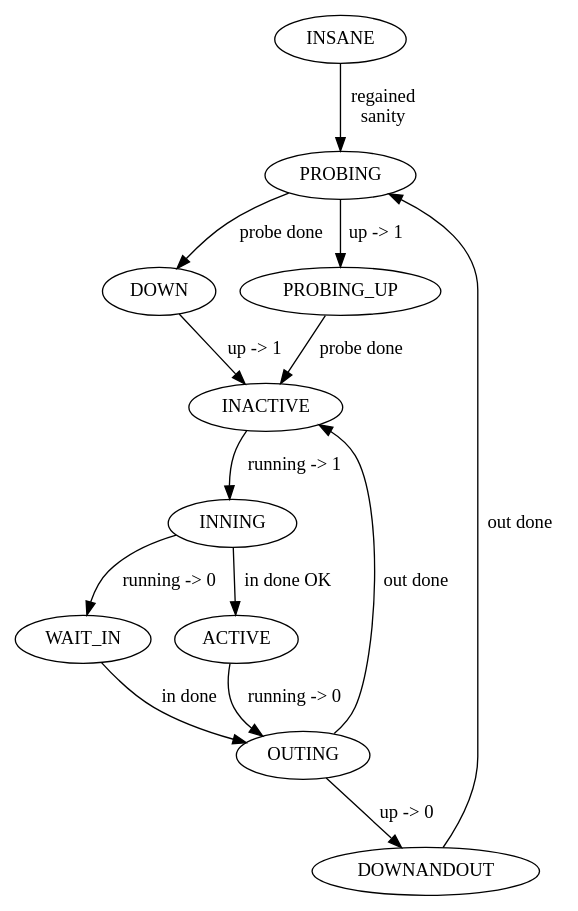
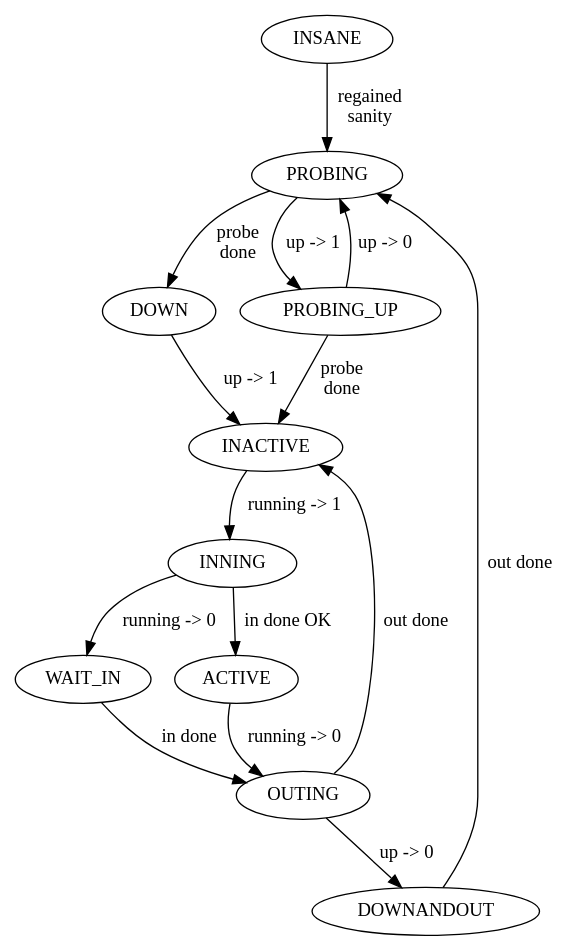
Before and after one commit to pali/netplug: the diagram in docs/state-machine.dot, drawn with Graphviz. The commit also changed 3 other files, not shown here.

```diff
--- a/docs/state-machine.dot
+++ b/docs/state-machine.dot
@@ -1,37 +1,38 @@
 /* -*- c -*- */
 
 digraph state_machine {
   insane [label="INSANE"];
   probing [label="PROBING"];
   down [label="DOWN"];
   inactive [label="INACTIVE"];
   inning [label="INNING"];
   wait_in [label="WAIT_IN"];
   outing [label="OUTING"];
   downandout [label="DOWNANDOUT"];
   active [label="ACTIVE"];
   probing_up [label="PROBING_UP"];
 
   insane -> probing [label="regained\nsanity"];
 
-  probing -> down [label="probe done"];
+  probing -> down [label="probe\ndone"];
   probing -> probing_up [label="up -> 1"];
 
   down -> inactive [label="up -> 1"];
 
-  probing_up -> inactive [label="probe done"];
+  probing_up -> inactive [label="probe\ndone"];
+  probing_up -> probing [label="up -> 0"];
 
   inactive -> inning [label="running -> 1"];
 
   inning -> wait_in [label="running -> 0"];
   inning -> active [label="in done OK"];
 
   wait_in -> outing [label="in done"];
 
   active -> outing [label="running -> 0"];
 
   outing -> downandout [label="up -> 0"];
   outing -> inactive [label="out done"];
 
   downandout -> probing [label="out done"];
 }
```
